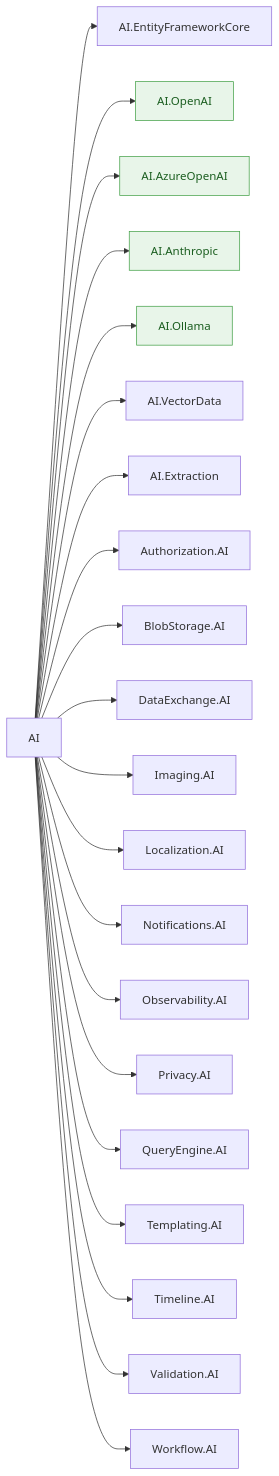
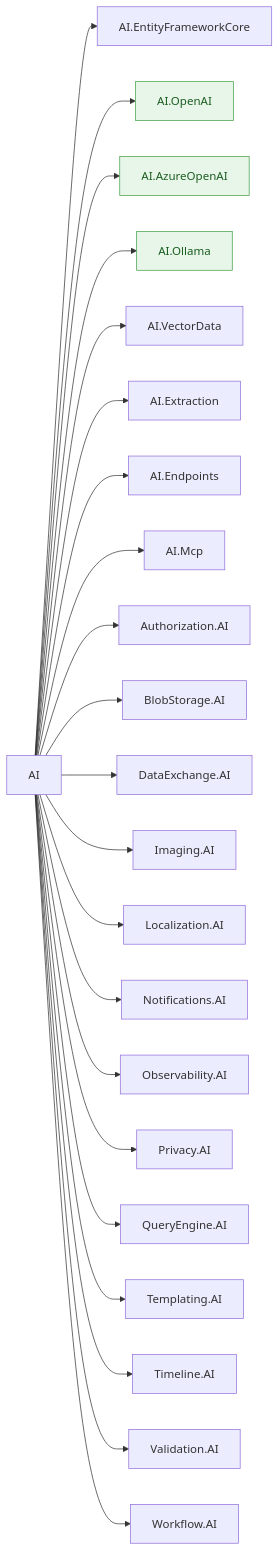
The sixth of 6 diagrams in docs-site/src/content/docs/dotnet/architecture/dependency-graph.md (granit-fx/granit-dotnet), drawn with Mermaid before and after one commit. The commit also changed other lines of this file and 244 other files, not shown here.

````diff
--- a/docs-site/src/content/docs/dotnet/architecture/dependency-graph.md
+++ b/docs-site/src/content/docs/dotnet/architecture/dependency-graph.md
@@ -477,29 +582,29 @@
 ```mermaid
 flowchart LR
     AI["AI"] --> AI_EF["AI.EntityFrameworkCore"]
     AI --> AI_OAI["AI.OpenAI"]
     AI --> AI_AOAI["AI.AzureOpenAI"]
-    AI --> AI_ANT["AI.Anthropic"]
     AI --> AI_OLL["AI.Ollama"]
     AI --> AI_VEC["AI.VectorData"]
     AI --> AI_EXT["AI.Extraction"]
+    AI --> AI_EP["AI.Endpoints"]
+    AI --> AI_MCP["AI.Mcp"]
 
     AI --> AUTH_AI["Authorization.AI"]
     AI --> BLOB_AI["BlobStorage.AI"]
     AI --> DX_AI["DataExchange.AI"]
     AI --> IMG_AI["Imaging.AI"]
     AI --> LOC_AI["Localization.AI"]
     AI --> NOTIF_AI["Notifications.AI"]
     AI --> OBS_AI["Observability.AI"]
     AI --> PRIV_AI["Privacy.AI"]
     AI --> QRY_AI["QueryEngine.AI"]
     AI --> TMPL_AI["Templating.AI"]
     AI --> TL_AI["Timeline.AI"]
     AI --> VAL_AI["Validation.AI"]
     AI --> WF_AI["Workflow.AI"]
 
     style AI_OAI fill:#e8f5e9,stroke:#43a047,color:#1b5e20
     style AI_AOAI fill:#e8f5e9,stroke:#43a047,color:#1b5e20
-    style AI_ANT fill:#e8f5e9,stroke:#43a047,color:#1b5e20
     style AI_OLL fill:#e8f5e9,stroke:#43a047,color:#1b5e20
 ```
````
